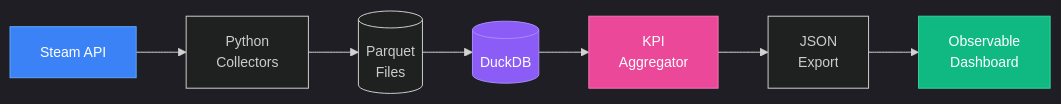
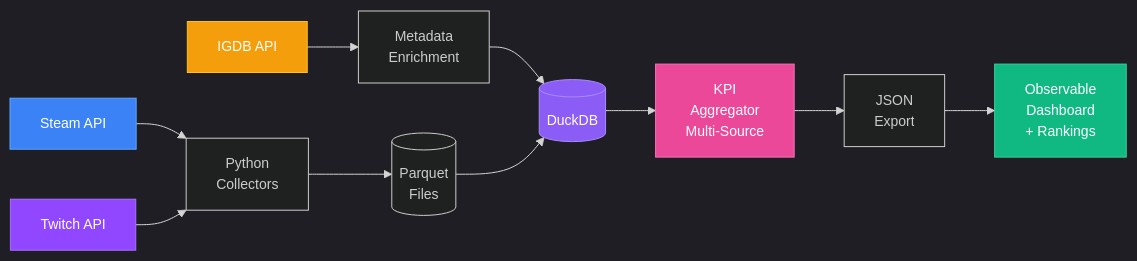
Before and after one commit to SajidMahyo/gaming-data-observatory: the first of 3 diagrams in src/about.md, drawn with Mermaid. The commit also changed other lines of this file and 31 other files, not shown here.

Commit message:
refactor(architecture): multi-source data collection with Steam, Twitch, and IGDB

````diff
--- a/src/about.md
+++ b/src/about.md
@@ -20,15 +21,20 @@
 ```mermaid
 %%{init: {'theme':'dark', 'themeVariables': { 'fontSize':'14px'}}}%%
 flowchart LR
     A[Steam API] --> B[Python<br/>Collectors]
+    A2[Twitch API] --> B
+    A3[IGDB API] --> B2[Metadata<br/>Enrichment]
     B --> C[(Parquet<br/>Files)]
-    C --> D[(DuckDB)]
-    D --> E[KPI<br/>Aggregator]
+    B2 --> D[(DuckDB)]
+    C --> D
+    D --> E[KPI<br/>Aggregator<br/>Multi-Source]
     E --> F[JSON<br/>Export]
-    F --> G[Observable<br/>Dashboard]
+    F --> G[Observable<br/>Dashboard<br/>+ Rankings]
 
     style A fill:#3b82f6,stroke:#60a5fa,color:#fff
+    style A2 fill:#9146ff,stroke:#a970ff,color:#fff
+    style A3 fill:#f59e0b,stroke:#fbbf24,color:#fff
     style D fill:#8b5cf6,stroke:#a78bfa,color:#fff
     style E fill:#ec4899,stroke:#f472b6,color:#fff
     style G fill:#10b981,stroke:#34d399,color:#fff
 ```
````
